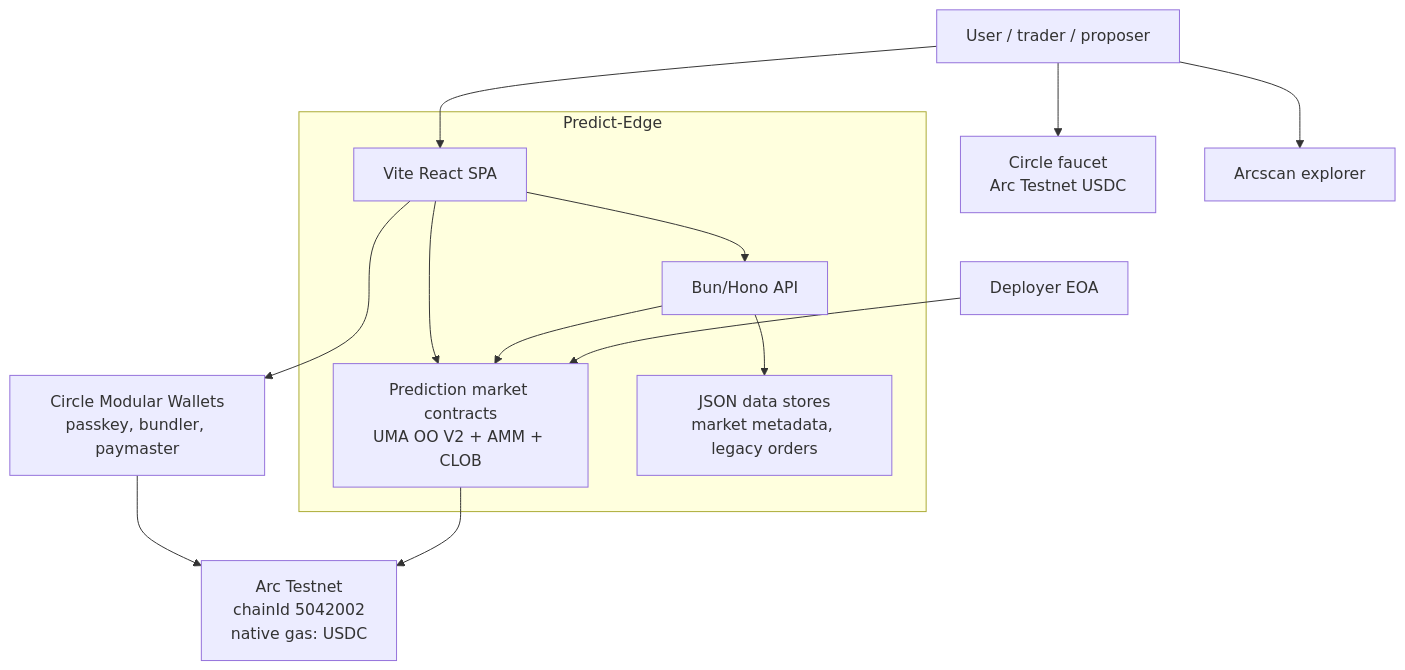
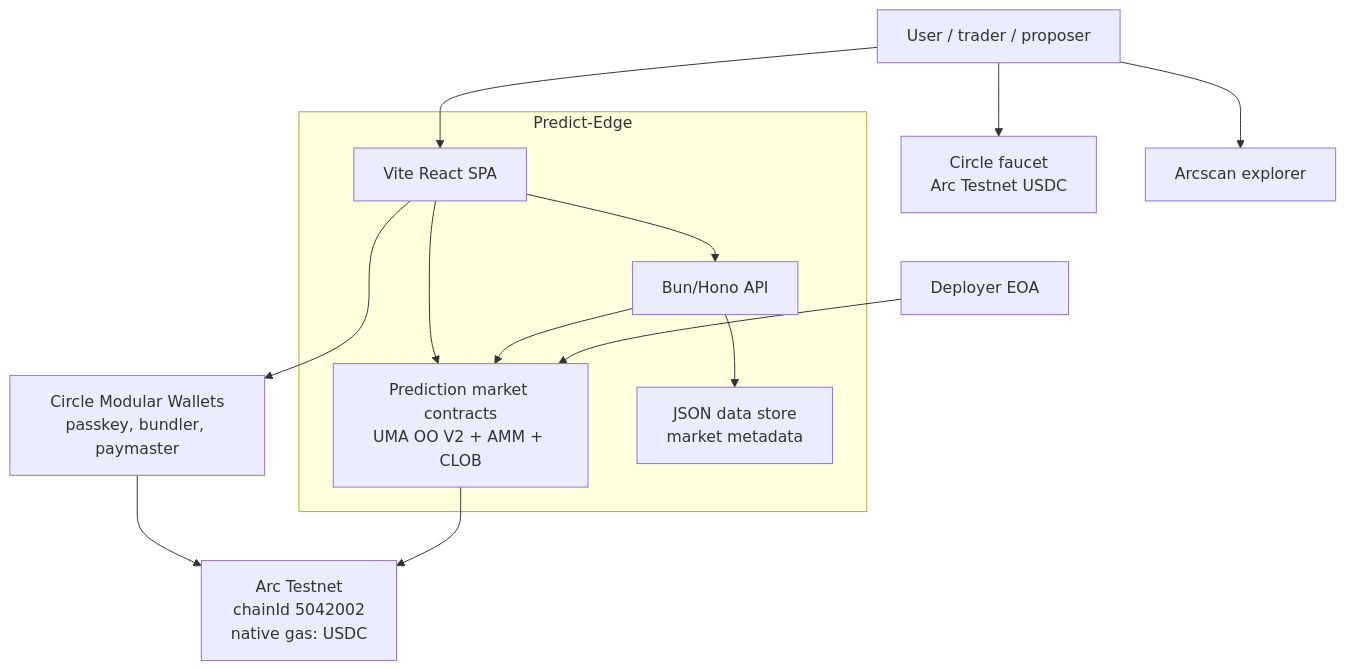
Before and after one commit to Kirashchuk/Predict-Edge: the first of 9 diagrams in docs/architecture-diagram.md, drawn with Mermaid. The commit also changed other lines of this file and 50 other files, not shown here.

````diff
--- a/docs/architecture-diagram.md
+++ b/docs/architecture-diagram.md
@@ -8,28 +8,28 @@
 ```mermaid
 graph TB
     User["User / trader / proposer"]
     Deployer["Deployer EOA"]
     CircleFaucet["Circle faucet<br/>Arc Testnet USDC"]
     CircleWallets["Circle Modular Wallets<br/>passkey, bundler, paymaster"]
     Arc["Arc Testnet<br/>chainId 5042002<br/>native gas: USDC"]
     Arcscan["Arcscan explorer"]
 
     subgraph System["Predict-Edge"]
         App["Vite React SPA"]
         Api["Bun/Hono API"]
         Contracts["Prediction market contracts<br/>UMA OO V2 + AMM + CLOB"]
-        Data["JSON data stores<br/>market metadata, legacy orders"]
+        Data["JSON data store<br/>market metadata"]
     end
 
     User --> App
     App --> Api
     App --> Contracts
     Api --> Contracts
     Api --> Data
     Deployer --> Contracts
     User --> CircleFaucet
     App --> CircleWallets
     CircleWallets --> Arc
     Contracts --> Arc
     User --> Arcscan
 ```
````
